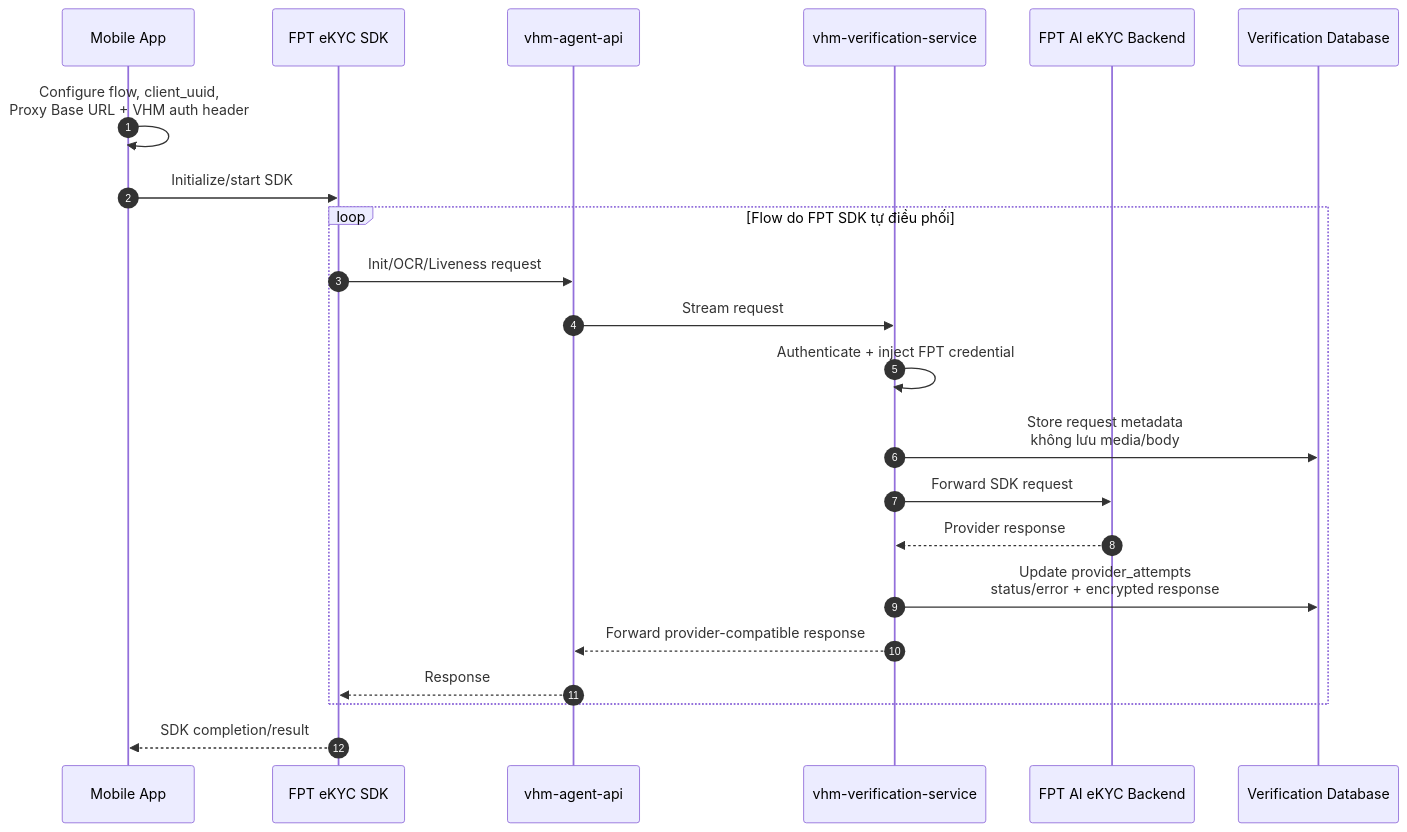
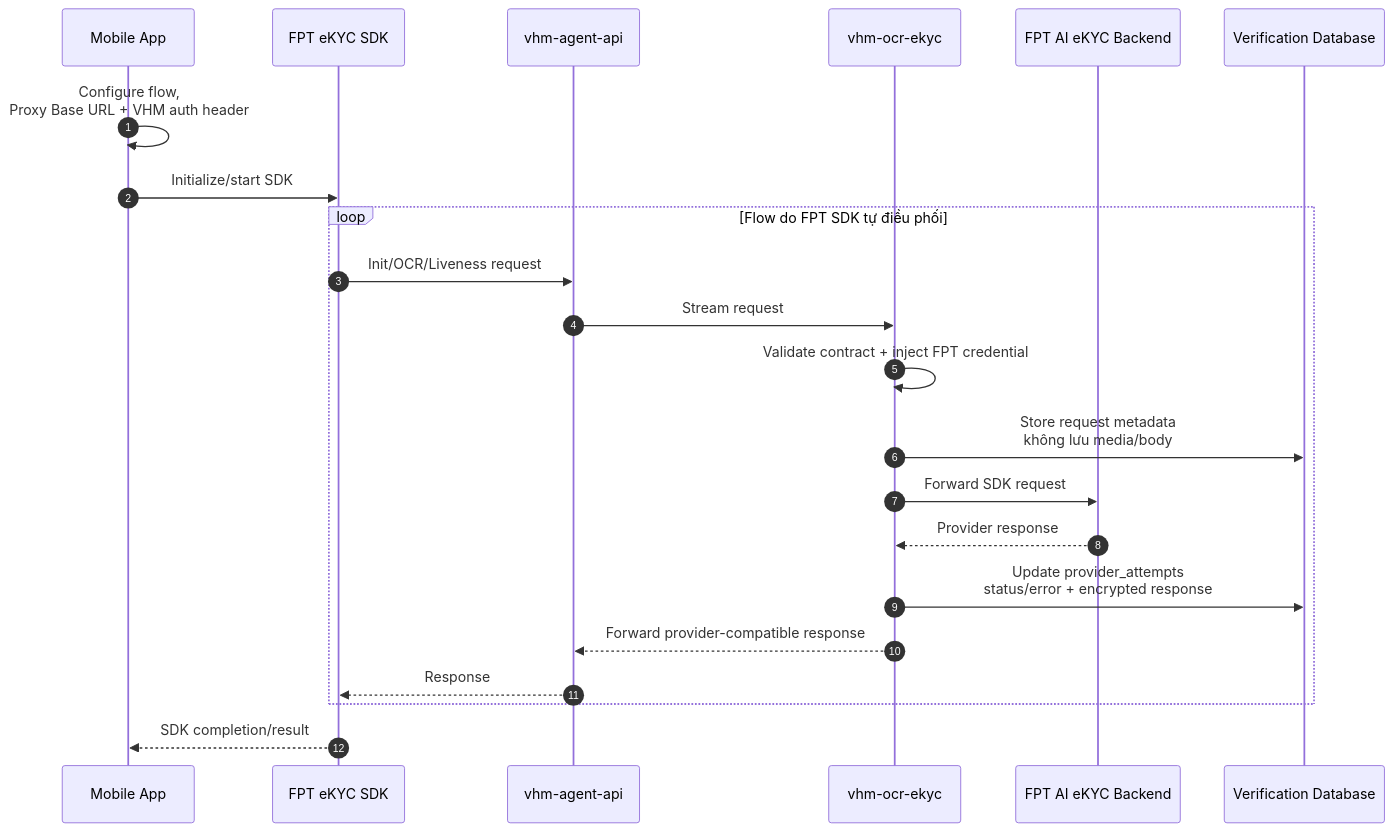
One commit to huynv-xyz/vhm changed the sixth of 7 diagrams in noxh-ekyc.md. Above: the diagram before and after it, drawn with Mermaid. The commit also changed other lines of this file, not shown here.

````diff
--- a/noxh-ekyc.md
+++ b/noxh-ekyc.md
@@ -416,27 +414,27 @@
 ```mermaid
 sequenceDiagram
     autonumber
     participant APP as Mobile App
     participant SDK as FPT eKYC SDK
     participant BFF as vhm-agent-api
-    participant VERIFY as vhm-verification-service
+    participant VERIFY as vhm-ocr-ekyc
     participant FPT as FPT AI eKYC Backend
     participant DB as Verification Database
 
-    APP->>APP: Configure flow, client_uuid,<br/>Proxy Base URL + VHM auth header
+    APP->>APP: Configure flow,<br/>Proxy Base URL + VHM auth header
     APP->>SDK: Initialize/start SDK
 
     loop Flow do FPT SDK tự điều phối
         SDK->>BFF: Init/OCR/Liveness request
         BFF->>VERIFY: Stream request
-        VERIFY->>VERIFY: Authenticate + inject FPT credential
+        VERIFY->>VERIFY: Validate contract + inject FPT credential
         VERIFY->>DB: Store request metadata<br/>không lưu media/body
         VERIFY->>FPT: Forward SDK request
         FPT-->>VERIFY: Provider response
         VERIFY->>DB: Update provider_attempts<br/>status/error + encrypted response
         VERIFY-->>BFF: Forward provider-compatible response
         BFF-->>SDK: Response
     end
 
     SDK-->>APP: SDK completion/result
 ```
````
